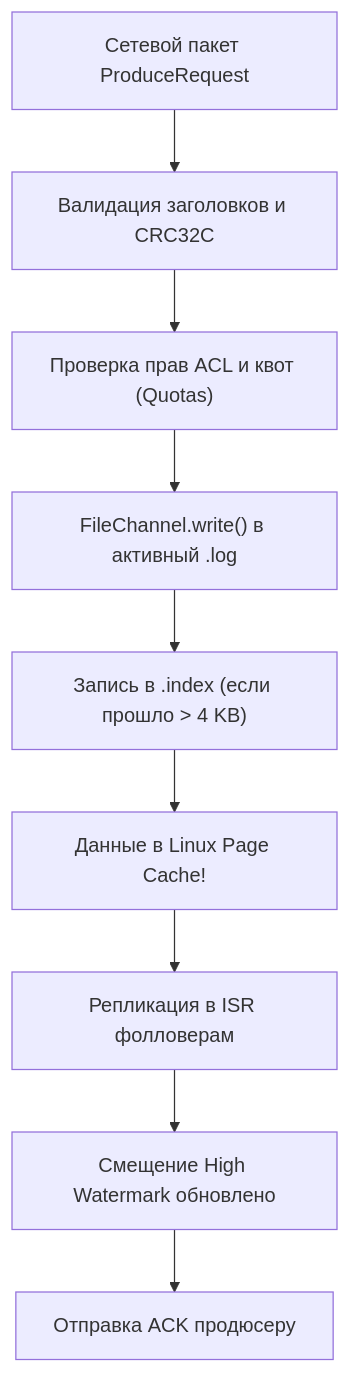
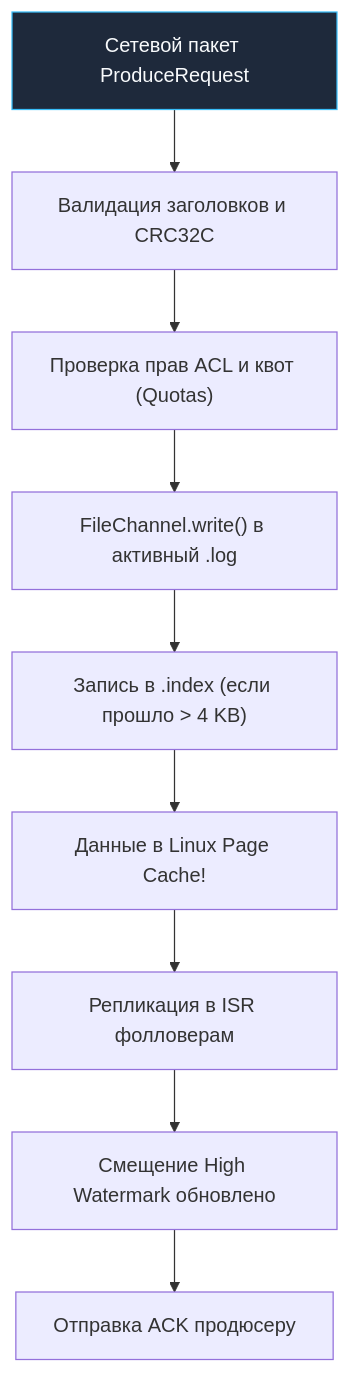
The third of 5 diagrams in sources/13. Очереди, брокеры сообщений и оркестраторы/03. Kafka/7. Kafka storage под капотом.md (UnrealTemplier/go-textbook), drawn with Mermaid before and after one commit. The commit also changed other lines of this file and 1666 other files, not shown here.

First line of the commit message:
feat(mermaid): add semantic color classDef to 1369 colorless flowchart/graph diagrams

````diff
--- a/sources/13. Очереди, брокеры сообщений и оркестраторы/03. Kafka/7. Kafka storage под капотом.md
+++ b/sources/13. Очереди, брокеры сообщений и оркестраторы/03. Kafka/7. Kafka storage под капотом.md
@@ -171,11 +191,21 @@
 ```mermaid
 flowchart TD
-    A["Сетевой пакет ProduceRequest"] --> B["Валидация заголовков и CRC32C"]
+    classDef process  fill:#1e293b,stroke:#38bdf8,stroke-width:1px,color:#f8fafc
+    classDef success  fill:#064e3b,stroke:#34d399,stroke-width:1px,color:#f8fafc
+    classDef error    fill:#7f1d1d,stroke:#f87171,stroke-width:1px,color:#f8fafc
+    classDef warning  fill:#78350f,stroke:#fbbf24,stroke-width:1px,color:#f8fafc
+    classDef entry    fill:#1e3a5f,stroke:#38bdf8,stroke-width:2px,color:#f8fafc
+    classDef aux      fill:#334155,stroke:#64748b,stroke-width:1px,color:#f8fafc
+    classDef system   fill:#312e81,stroke:#a78bfa,stroke-width:1px,color:#f8fafc
+    classDef data     fill:#132d29,stroke:#2dd4bf,stroke-width:1px,color:#f8fafc
+    classDef network  fill:#881337,stroke:#fb7185,stroke-width:1px,color:#f8fafc
+    classDef accent   fill:#1e1b4b,stroke:#818cf8,stroke-width:1px,color:#f8fafc
+    A["Сетевой пакет ProduceRequest"]:::process --> B["Валидация заголовков и CRC32C"]
     B --> C["Проверка прав ACL и квот (Quotas)"]
     C --> D["FileChannel.write() в активный .log"]
     D --> E["Запись в .index (если прошло > 4 KB)"]
     E --> F["Данные в Linux Page Cache!"]
     F --> G["Репликация в ISR фолловерам"]
     G --> H["Смещение High Watermark обновлено"]
     H --> I["Отправка ACK продюсеру"]
 ```
````
